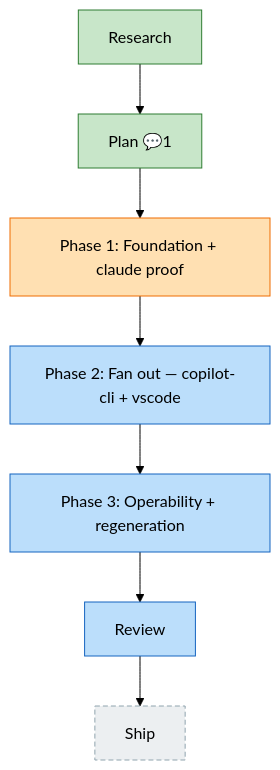
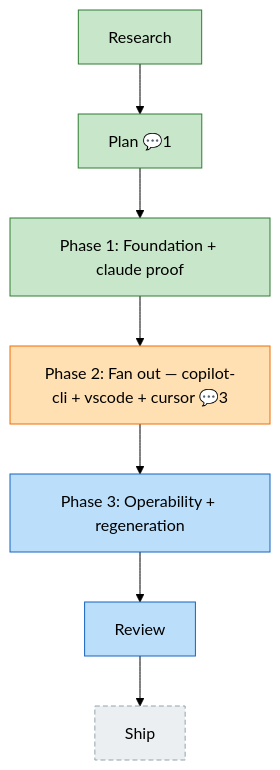
One commit to AI-Substrate/harness-engineering changed the diagram in docs/plans/037-telemetry-fixture-corpus/the-flow.md. Above: the diagram before and after it, drawn with Mermaid (forest theme). The commit also changed other lines of this file and 2 other files, not shown here.

Commit message:
docs(037 telemetry): advance flight plan to Phase 2 + tasks validation sidecar

````diff
--- a/docs/plans/037-telemetry-fixture-corpus/the-flow.md
+++ b/docs/plans/037-telemetry-fixture-corpus/the-flow.md
@@ -8,30 +8,30 @@
 ```mermaid
 flowchart TD
     ship["Ship"]:::assumed
     plan["Plan 💬1"]:::done
     research["Research"]:::done
-    phase_1["Phase 1: Foundation + claude proof"]:::wip
-    phase_2["Phase 2: Fan out — copilot-cli + vscode"]:::known
+    phase_1["Phase 1: Foundation + claude proof"]:::done
+    phase_2["Phase 2: Fan out — copilot-cli + vscode + cursor 💬3"]:::wip
     phase_3["Phase 3: Operability + regeneration"]:::known
     review["Review"]:::known
 
     plan --> phase_1
     research --> plan
     phase_1 --> phase_2
     phase_2 --> phase_3
     phase_3 --> review
     review --> ship
 
     classDef done fill:#C8E6C9,stroke:#2E7D32;
     classDef wip fill:#FFE0B2,stroke:#EF6C00;
     classDef blocked fill:#FFCDD2,stroke:#C62828;
     classDef known fill:#BBDEFB,stroke:#1565C0;
     classDef assumed fill:#ECEFF1,stroke:#90A4AE,stroke-dasharray:5 3;
     classDef said fill:#FFF9C4,stroke:#F9A825;
     classDef harness fill:#EDE7F6,stroke:#673AB7;
     classDef decision fill:#FFF3E0,stroke:#FB8C00,stroke-dasharray:2 2;
     classDef companion fill:#D1C4E9,stroke:#5E35B1;
     classDef worker fill:#B2DFDB,stroke:#00897B;
     classDef chore fill:#E0F2F1,stroke:#00897B,stroke-dasharray:3 2;
     classDef unknown fill:#FAFAFA,stroke:#BDBDBD,stroke-dasharray:1 4;
 ```
````
